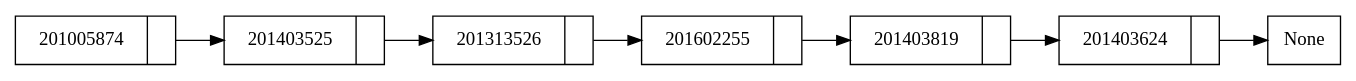
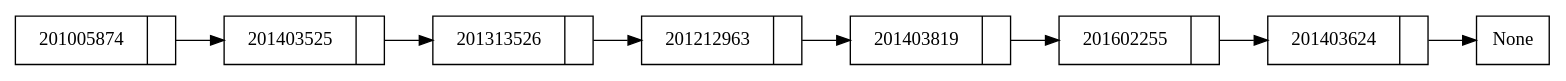
The diagram in Vista/Post-Order.gv (jmansilla-2014056/EDD_P3_Blockchain-Simulador-Client), drawn with Graphviz before and after one commit. The commit also changed 11 other files, not shown here.

```diff
--- a/Vista/Post-Order.gv
+++ b/Vista/Post-Order.gv
@@ -1,16 +1,18 @@
 digraph structs {
 	node [shape=record]
 	rankdir=LR
-	<Modelos.LinkedList.node object at 0x03B540D0> [label="{201005874|}"]
-	<Modelos.LinkedList.node object at 0x03B5D350> [label="{201403525|}"]
-	<Modelos.LinkedList.node object at 0x03B5D370> [label="{201313526|}"]
-	<Modelos.LinkedList.node object at 0x03B5D3B0> [label="{201602255|}"]
-	<Modelos.LinkedList.node object at 0x03B5D410> [label="{201403819|}"]
-	<Modelos.LinkedList.node object at 0x03B5D430> [label="{201403624|}"]
-	<Modelos.LinkedList.node object at 0x03B540D0> -> <Modelos.LinkedList.node object at 0x03B5D350>
-	<Modelos.LinkedList.node object at 0x03B5D350> -> <Modelos.LinkedList.node object at 0x03B5D370>
-	<Modelos.LinkedList.node object at 0x03B5D370> -> <Modelos.LinkedList.node object at 0x03B5D3B0>
-	<Modelos.LinkedList.node object at 0x03B5D3B0> -> <Modelos.LinkedList.node object at 0x03B5D410>
-	<Modelos.LinkedList.node object at 0x03B5D410> -> <Modelos.LinkedList.node object at 0x03B5D430>
-	<Modelos.LinkedList.node object at 0x03B5D430> -> None
+	<Modelos.LinkedList.node object at 0x03D4DCD0> [label="{201005874|}"]
+	<Modelos.LinkedList.node object at 0x03DCBC10> [label="{201403525|}"]
+	<Modelos.LinkedList.node object at 0x03DCBC30> [label="{201313526|}"]
+	<Modelos.LinkedList.node object at 0x03DCBC50> [label="{201212963|}"]
+	<Modelos.LinkedList.node object at 0x03DCB890> [label="{201403819|}"]
+	<Modelos.LinkedList.node object at 0x03DD02D0> [label="{201602255|}"]
+	<Modelos.LinkedList.node object at 0x03DD0330> [label="{201403624|}"]
+	<Modelos.LinkedList.node object at 0x03D4DCD0> -> <Modelos.LinkedList.node object at 0x03DCBC10>
+	<Modelos.LinkedList.node object at 0x03DCBC10> -> <Modelos.LinkedList.node object at 0x03DCBC30>
+	<Modelos.LinkedList.node object at 0x03DCBC30> -> <Modelos.LinkedList.node object at 0x03DCBC50>
+	<Modelos.LinkedList.node object at 0x03DCBC50> -> <Modelos.LinkedList.node object at 0x03DCB890>
+	<Modelos.LinkedList.node object at 0x03DCB890> -> <Modelos.LinkedList.node object at 0x03DD02D0>
+	<Modelos.LinkedList.node object at 0x03DD02D0> -> <Modelos.LinkedList.node object at 0x03DD0330>
+	<Modelos.LinkedList.node object at 0x03DD0330> -> None
 }
```
